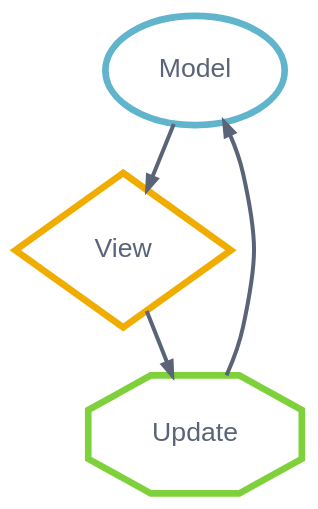
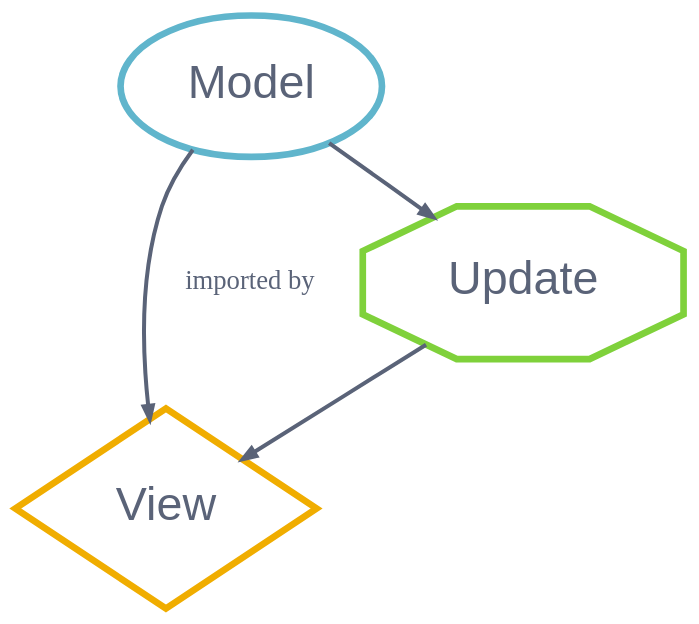
Before and after one commit to tesk9/elm-tutorial: the diagram in tea.dot, drawn with Graphviz.

Commit message:
Add a label edge

```diff
--- a/tea.dot
+++ b/tea.dot
@@ -1,15 +1,15 @@
 digraph TEA {
     {
-        node [penwidth="5", margin=".25", fontcolor="#5a6378", fontsize=20, fontname="sans-serif"]
+        node [penwidth="5", margin=".25", fontcolor="#5a6378", fontsize=35, fontname="sans-serif"]
         Model [shape=oval, color="#60b5cc"]
         View [shape=diamond, color="#f0ad00"]
         Update [shape=octagon, color="#7fd13b"]
     }
 
     subgraph tea {
-        edge [penwidth="3", color="#5a6378", arrowsize="1",]
-        Update -> Model;
-        Model -> View;
-        View -> Update;
+        edge [penwidth="3", fontcolor="#5a6378", fontsize=20, color="#5a6378", arrowsize="1"]
+        Model -> View [label=" imported by  "];
+        Model -> Update;
+        Update -> View;
     }
 }
```
